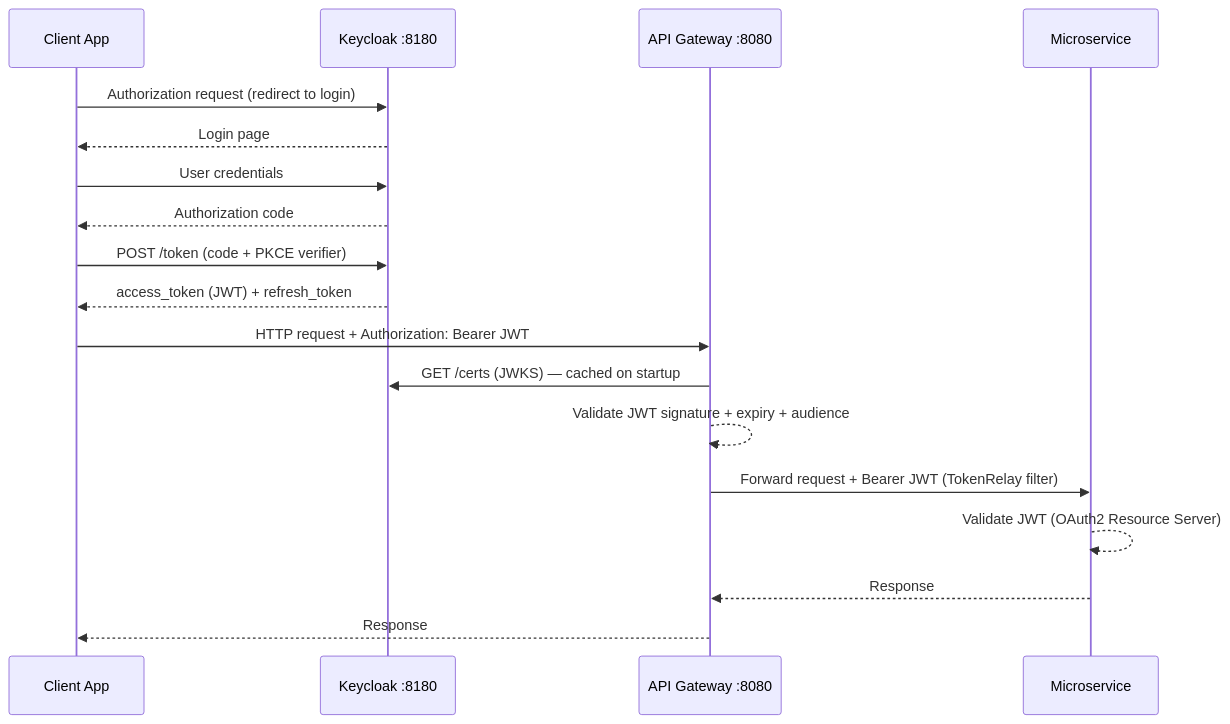
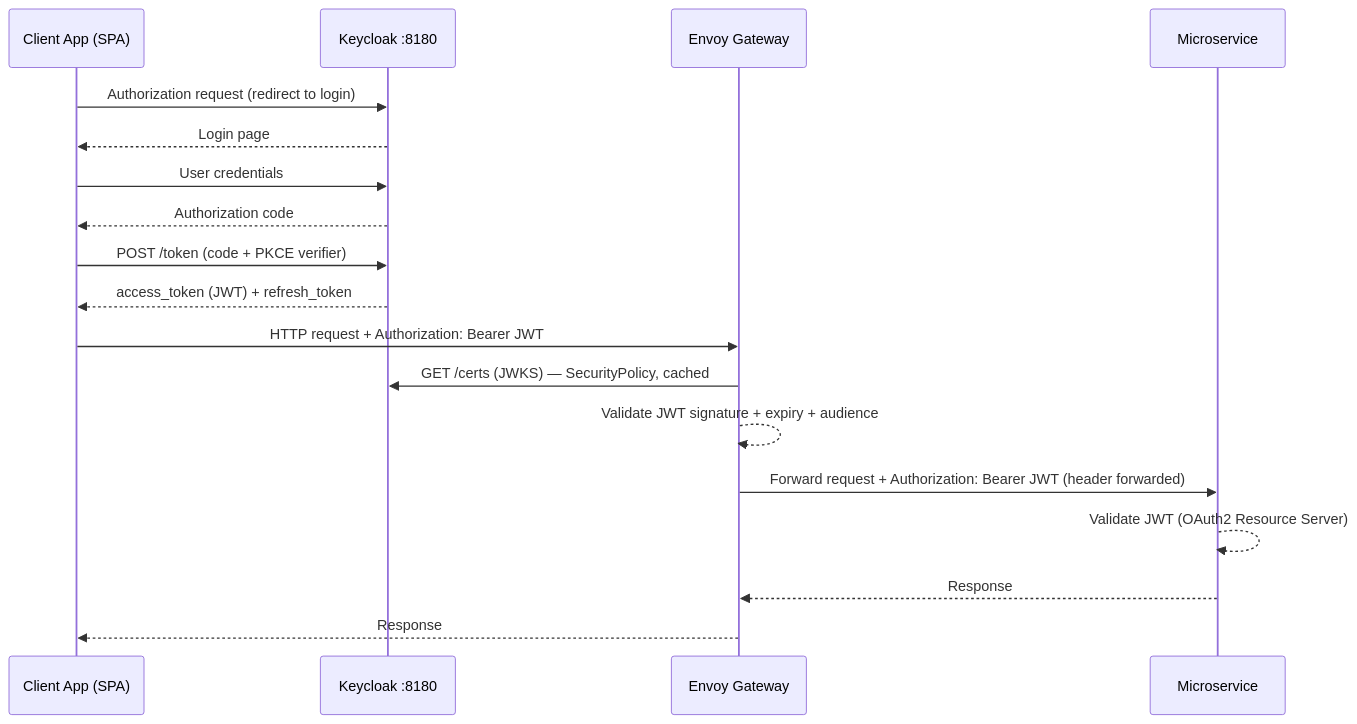
The second of 5 diagrams in README.md (ricsanfre/spring-microservices-otel-k8s), drawn with Mermaid before and after one commit. The commit also changed other lines of this file and 2 other files, not shown here.

Commit message:
Migrating architecture from Spring Cloud Gateway + Eureka to Kubernetes + Envoy-Gateway

````diff
--- a/README.md
+++ b/README.md
@@ -127,22 +123,22 @@
 ```mermaid
 sequenceDiagram
-    participant C as Client App
+    participant C as Client App (SPA)
     participant KC as Keycloak :8180
-    participant GW as API Gateway :8080
+    participant EG as Envoy Gateway
     participant SVC as Microservice
 
     C->>KC: Authorization request (redirect to login)
     KC-->>C: Login page
     C->>KC: User credentials
     KC-->>C: Authorization code
     C->>KC: POST /token (code + PKCE verifier)
     KC-->>C: access_token (JWT) + refresh_token
 
-    C->>GW: HTTP request + Authorization: Bearer JWT
-    GW->>KC: GET /certs (JWKS) — cached on startup
-    GW-->>GW: Validate JWT signature + expiry + audience
-    GW->>SVC: Forward request + Bearer JWT (TokenRelay filter)
+    C->>EG: HTTP request + Authorization: Bearer JWT
+    EG->>KC: GET /certs (JWKS) — SecurityPolicy, cached
+    EG-->>EG: Validate JWT signature + expiry + audience
+    EG->>SVC: Forward request + Authorization: Bearer JWT (header forwarded)
     SVC-->>SVC: Validate JWT (OAuth2 Resource Server)
-    SVC-->>GW: Response
-    GW-->>C: Response
+    SVC-->>EG: Response
+    EG-->>C: Response
 ```
````
